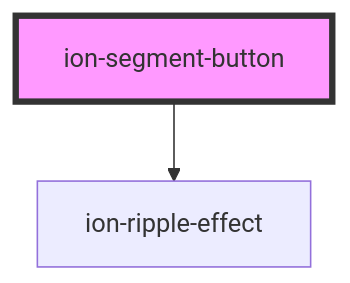
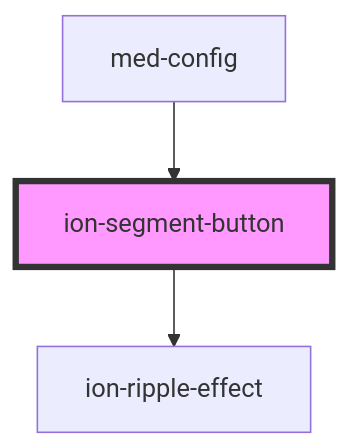
Before and after one commit to ionic-team/ionic-framework: the diagram in core/src/components/segment-button/readme.md, drawn with Mermaid. The commit also changed other lines of this file and 450 other files, not shown here.

````diff
--- a/core/src/components/segment-button/readme.md
+++ b/core/src/components/segment-button/readme.md
@@ -860,5 +866,6 @@
 ```mermaid
 graph TD;
   ion-segment-button --> ion-ripple-effect
+  med-config --> ion-segment-button
   style ion-segment-button fill:#f9f,stroke:#333,stroke-width:4px
 ```
````
